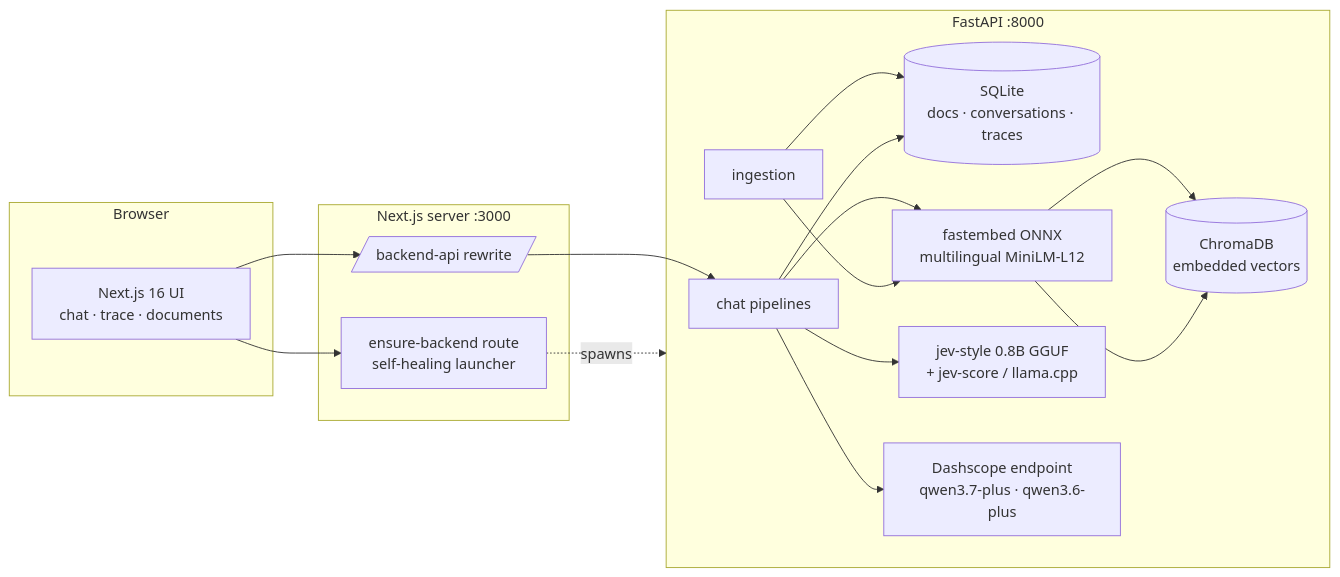
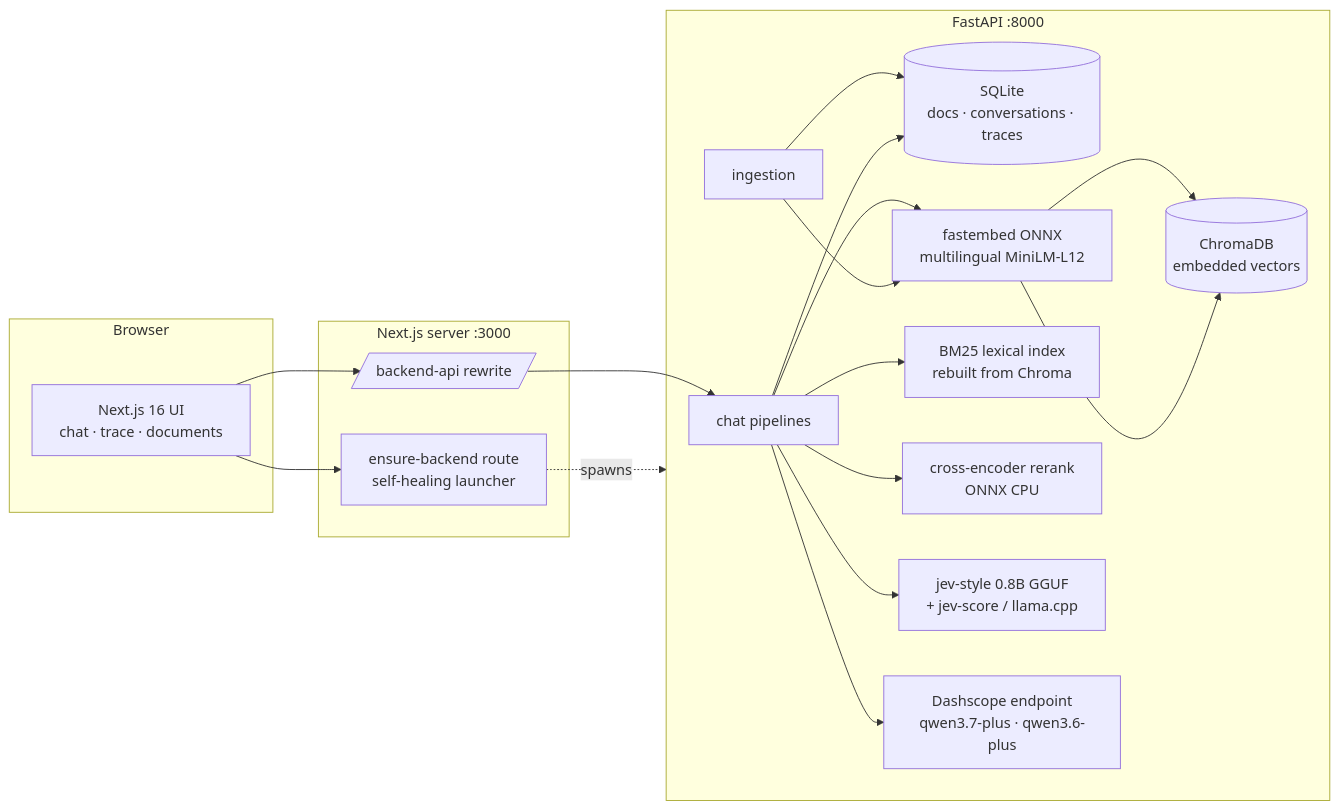
Before and after one commit to kanishka-namdeo/jev-rag: the diagram in docs/architecture.md, drawn with Mermaid. The commit also changed other lines of this file and 3 other files, not shown here.

First line of the commit message:
docs: update architecture.md to v3 and add generated diagrams

````diff
--- a/docs/architecture.md
+++ b/docs/architecture.md
@@ -6,29 +6,33 @@
 ```mermaid
 flowchart LR
   subgraph Browser
     UI[Next.js 16 UI<br/>chat · trace · documents]
   end
   subgraph NextServer[Next.js server :3000]
     RW[/backend-api rewrite/]
     ENS[ensure-backend route<br/>self-healing launcher]
   end
   subgraph FastAPI[FastAPI :8000]
     CHAT[chat pipelines]
     ING[ingestion]
     DB[(SQLite<br/>docs · conversations · traces)]
     VS[(ChromaDB<br/>embedded vectors)]
     EMB[fastembed ONNX<br/>multilingual MiniLM-L12]
+    BM25[BM25 lexical index<br/>rebuilt from Chroma]
+    CE[cross-encoder rerank<br/>ONNX CPU]
     JEVL[jev-style 0.8B GGUF<br/>+ jev-score / llama.cpp]
     LLM[Dashscope endpoint<br/>qwen3.7-plus · qwen3.6-plus]
   end
 
   UI --> RW --> CHAT
   UI --> ENS
   ENS -.spawns.-> FastAPI
   CHAT --> EMB --> VS
+  CHAT --> BM25
+  CHAT --> CE
   CHAT --> JEVL
   CHAT --> LLM
   ING --> EMB --> VS
   ING --> DB
   CHAT --> DB
 ```
````
